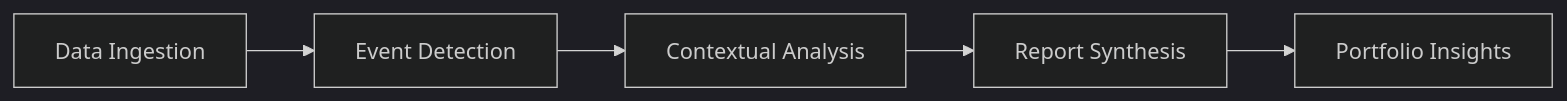
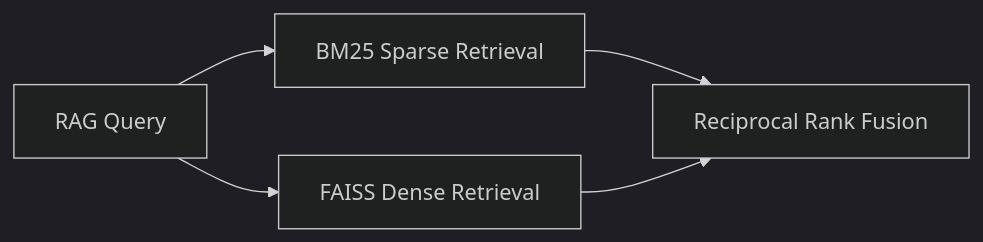
Before and after one commit to viliusjask/LLM-project: the diagram in PRDs/R1.md, drawn with Mermaid (dark theme). The commit also changed other lines of this file and 6 other files, not shown here.

````diff
--- a/PRDs/R1.md
+++ b/PRDs/R1.md
@@ -11,7 +50,6 @@
 ```mermaid
-graph LR
-    A[Data Ingestion] --> B[Event Detection]
-    B --> C[Contextual Analysis]
-    C --> D[Report Synthesis]
-    D --> E[Portfolio Insights]
+flowchart LR
+    A[RAG Query] --> B[BM25 Sparse Retrieval]
+    A --> C[FAISS Dense Retrieval]
+    B & C --> D[Reciprocal Rank Fusion]
 ```
````
